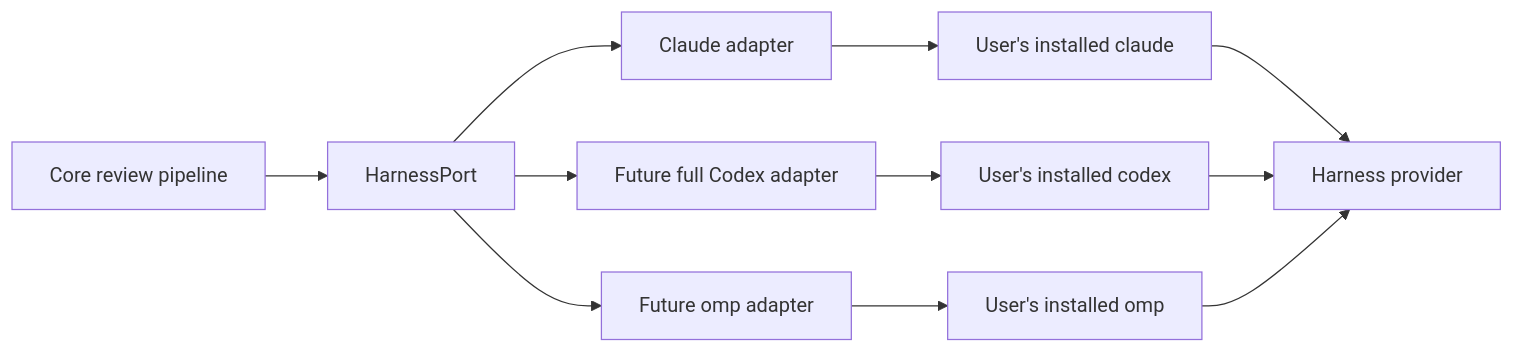
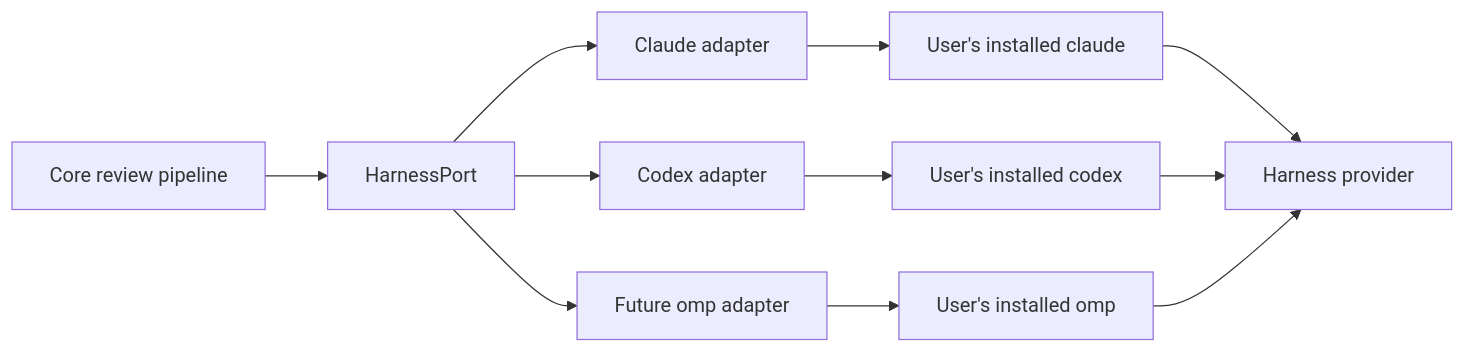
Before and after one commit to rbutera/Rennet: the first of 3 diagrams in docs/src/content/docs/developing/concepts/harness-adapters.md, drawn with Mermaid. The commit also changed other lines of this file and 2 other files, not shown here.

Commit message:
docs: two-adapter harness architecture, conformance suite, and wave-10 entry (#25)

````diff
--- a/docs/src/content/docs/developing/concepts/harness-adapters.md
+++ b/docs/src/content/docs/developing/concepts/harness-adapters.md
@@ -13,13 +13,13 @@
 ```mermaid
 flowchart LR
   pipeline["Core review pipeline"] --> port["HarnessPort"]
   port --> claude["Claude adapter"]
-  port --> codex["Future full Codex adapter"]
+  port --> codex["Codex adapter"]
   port --> omp["Future omp adapter"]
   claude --> cli["User's installed claude"]
   codex --> codexcli["User's installed codex"]
   omp --> ompcli["User's installed omp"]
   cli --> provider["Harness provider"]
   codexcli --> provider
   ompcli --> provider
 ```
````
